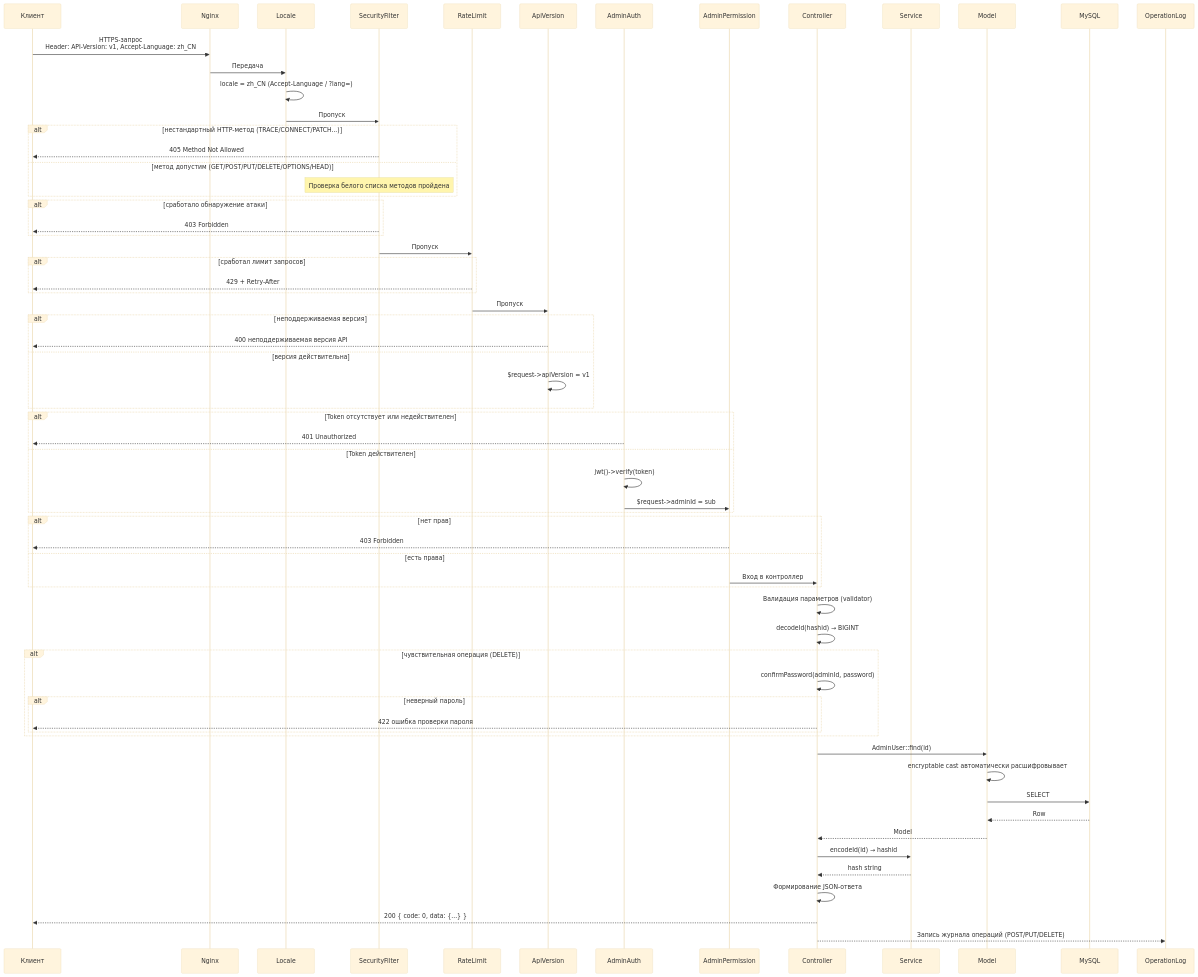
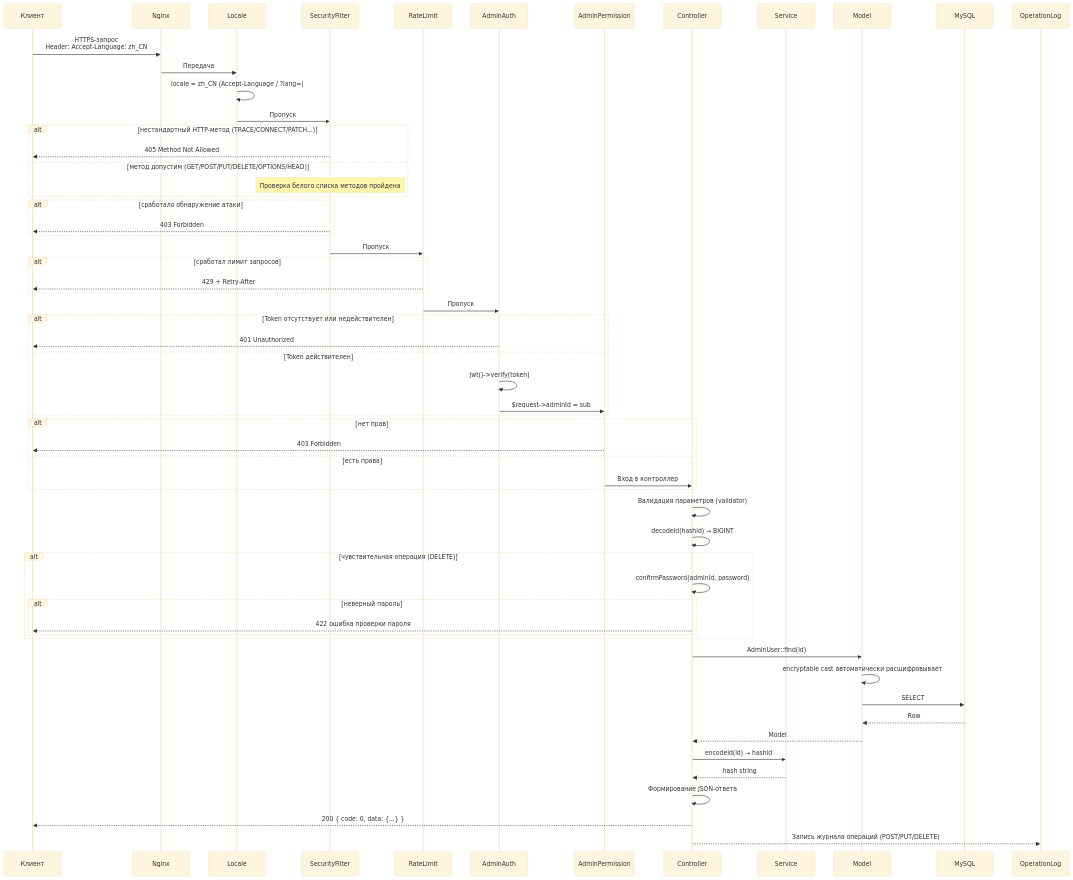
Before and after one commit to erikwang2013/integrated-global-logistics: the third of 14 diagrams in admin/docs/ARCHITECTURE.ru.md, drawn with Mermaid (base theme). The commit also changed other lines of this file and 147 other files, not shown here.

First line of the commit message:
feat(api): API 版本号移入 URL 路径（/api/v1），移除 API-Version 头机制

````diff
--- a/admin/docs/ARCHITECTURE.ru.md
+++ b/admin/docs/ARCHITECTURE.ru.md
@@ -147,82 +145,75 @@
 ```mermaid
 sequenceDiagram
     participant C as Клиент
     participant N as Nginx
     participant MW_LOC as Locale
     participant MW_SF as SecurityFilter
     participant MW_RL as RateLimit
-    participant MW0 as ApiVersion
     participant MW1 as AdminAuth
     participant MW2 as AdminPermission
     participant CTL as Controller
     participant SVC as Service
     participant MDL as Model
     participant DB as MySQL
     participant OPLOG as OperationLog
 
-    C->>N: HTTPS-запрос<br/>Header: API-Version: v1, Accept-Language: zh_CN
+    C->>N: HTTPS-запрос<br/>Header: Accept-Language: zh_CN
     N->>MW_LOC: Передача
 
     MW_LOC->>MW_LOC: locale = zh_CN (Accept-Language / ?lang=)
     MW_LOC->>MW_SF: Пропуск
 
     alt нестандартный HTTP-метод (TRACE/CONNECT/PATCH...)
         MW_SF-->>C: 405 Method Not Allowed
     else метод допустим (GET/POST/PUT/DELETE/OPTIONS/HEAD)
         Note over MW_SF: Проверка белого списка методов пройдена
     end
 
     alt сработало обнаружение атаки
         MW_SF-->>C: 403 Forbidden
     end
 
     MW_SF->>MW_RL: Пропуск
 
     alt сработал лимит запросов
         MW_RL-->>C: 429 + Retry-After
     end
 
-    MW_RL->>MW0: Пропуск
-
-    alt неподдерживаемая версия
-        MW0-->>C: 400 неподдерживаемая версия API
-    else версия действительна
-        MW0->>MW0: $request->apiVersion = v1
-    end
+    MW_RL->>MW1: Пропуск
 
     alt Token отсутствует или недействителен
         MW1-->>C: 401 Unauthorized
     else Token действителен
         MW1->>MW1: jwt()->verify(token)
         MW1->>MW2: $request->adminId = sub
     end
 
     alt нет прав
         MW2-->>C: 403 Forbidden
     else есть права
         MW2->>CTL: Вход в контроллер
     end
 
     CTL->>CTL: Валидация параметров (validator)
     CTL->>CTL: decodeId(hashid) → BIGINT
 
     alt чувствительная операция (DELETE)
         CTL->>CTL: confirmPassword(adminId, password)
         alt неверный пароль
             CTL-->>C: 422 ошибка проверки пароля
         end
     end
 
     CTL->>MDL: AdminUser::find(id)
     MDL->>MDL: encryptable cast автоматически расшифровывает
     MDL->>DB: SELECT
     DB-->>MDL: Row
     MDL-->>CTL: Model
 
     CTL->>SVC: encodeId(id) → hashid
     SVC-->>CTL: hash string
 
     CTL->>CTL: Формирование JSON-ответа
     CTL-->>C: 200 { code: 0, data: {...} }
     CTL-->>OPLOG: Запись журнала операций (POST/PUT/DELETE)
 ```
````
